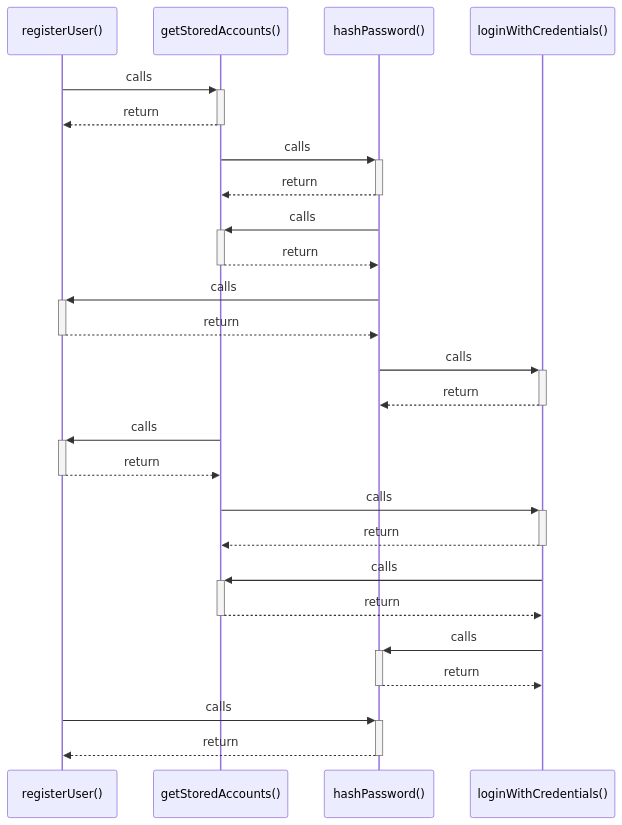
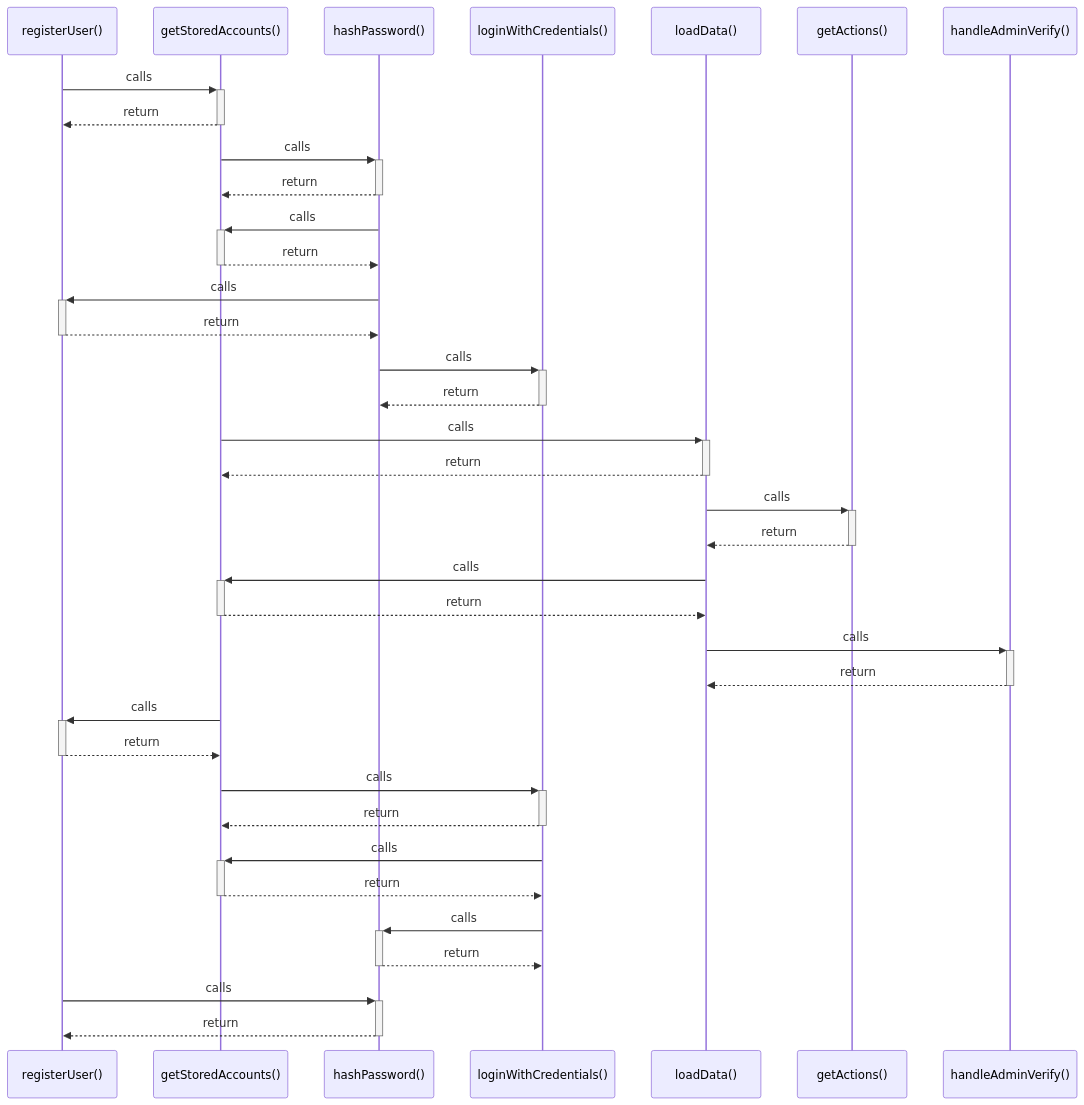
The diagram in graphify-out/wiki/registerUser().md (FY72X9/i-can-app), drawn with Mermaid before and after one commit. The commit also changed other lines of this file and 35 other files, not shown here.

Commit message:
chore: generate project knowledge graph documentation and presentation materials

````diff
--- a/graphify-out/wiki/registerUser().md
+++ b/graphify-out/wiki/registerUser().md
@@ -7,27 +7,38 @@
 ```mermaid
 sequenceDiagram
     participant P0 as registerUser()
     participant P1 as getStoredAccounts()
     participant P2 as hashPassword()
     participant P3 as loginWithCredentials()
+    participant P4 as loadData()
+    participant P5 as getActions()
+    participant P6 as handleAdminVerify()
     P0->>+ P1: calls
     P1-->>- P0: return
     P1->>+ P2: calls
     P2-->>- P1: return
     P2->>+ P1: calls
     P1-->>- P2: return
     P2->>+ P0: calls
     P0-->>- P2: return
     P2->>+ P3: calls
     P3-->>- P2: return
+    P1->>+ P4: calls
+    P4-->>- P1: return
+    P4->>+ P5: calls
+    P5-->>- P4: return
+    P4->>+ P1: calls
+    P1-->>- P4: return
+    P4->>+ P6: calls
+    P6-->>- P4: return
     P1->>+ P0: calls
     P0-->>- P1: return
     P1->>+ P3: calls
     P3-->>- P1: return
     P3->>+ P1: calls
     P1-->>- P3: return
     P3->>+ P2: calls
     P2-->>- P3: return
     P0->>+ P2: calls
     P2-->>- P0: return
 ```
````
